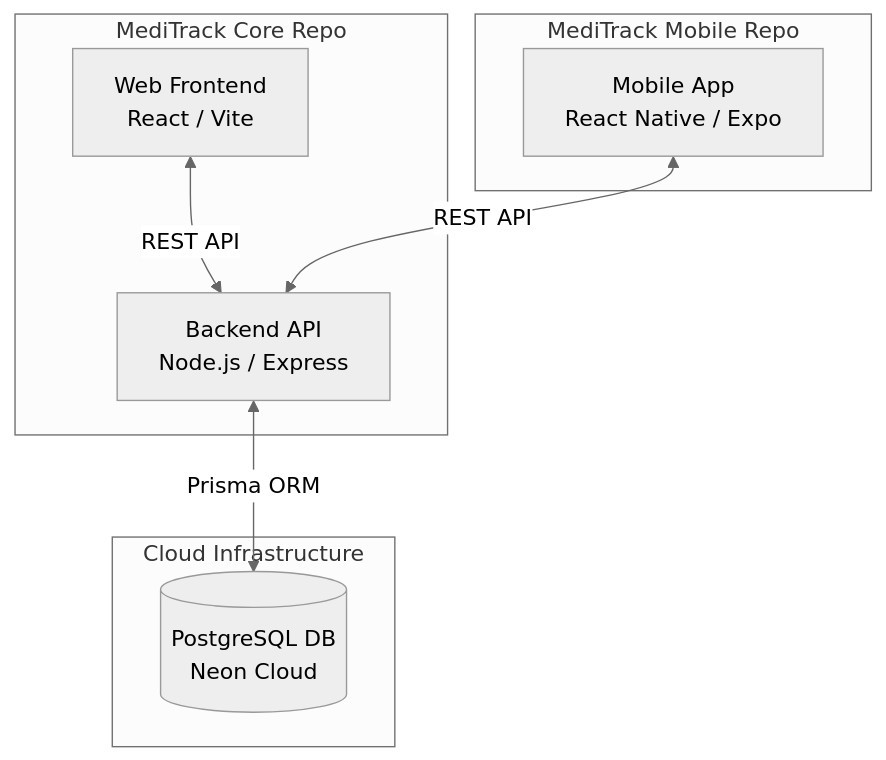
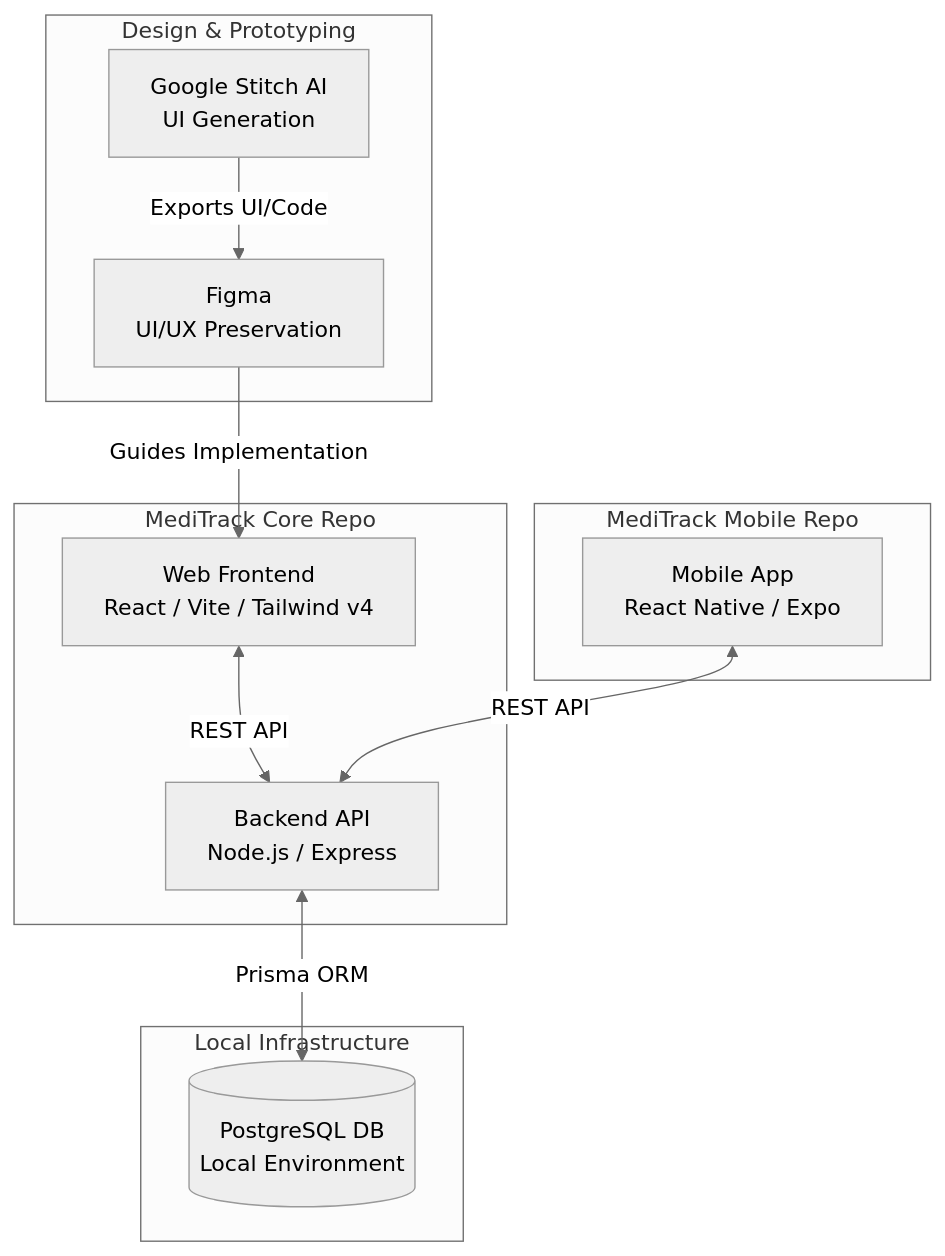
Before and after one commit to seifrashwandev/MediTrack: the first of 3 diagrams in ARCHITECTURE.md, drawn with Mermaid (neutral theme). The commit also changed other lines of this file, not shown here.

Commit message:
docs: update architecture to reflect local postgres and stitch ai workflow

````diff
--- a/ARCHITECTURE.md
+++ b/ARCHITECTURE.md
@@ -9,19 +9,26 @@
 ```mermaid
 graph TD
     subgraph Core Repository [MediTrack Core Repo]
-        Web[Web Frontend<br/>React / Vite]
+        Web[Web Frontend<br/>React / Vite / Tailwind v4]
         Backend[Backend API<br/>Node.js / Express]
     end
 
     subgraph Mobile Repository [MediTrack Mobile Repo]
         Mobile[Mobile App<br/>React Native / Expo]
     end
 
-    subgraph Cloud Infrastructure
-        DB[(PostgreSQL DB<br/>Neon Cloud)]
+    subgraph Local Infrastructure
+        DB[(PostgreSQL DB<br/>Local Environment)]
     end
 
+    subgraph Design & Prototyping
+        Stitch[Google Stitch AI<br/>UI Generation]
+        Figma[Figma<br/>UI/UX Preservation]
+    end
+
+    Stitch -->|Exports UI/Code| Figma
+    Figma -->|Guides Implementation| Web
     Web <-->|REST API| Backend
     Mobile <-->|REST API| Backend
     Backend <-->|Prisma ORM| DB
 ```
````
